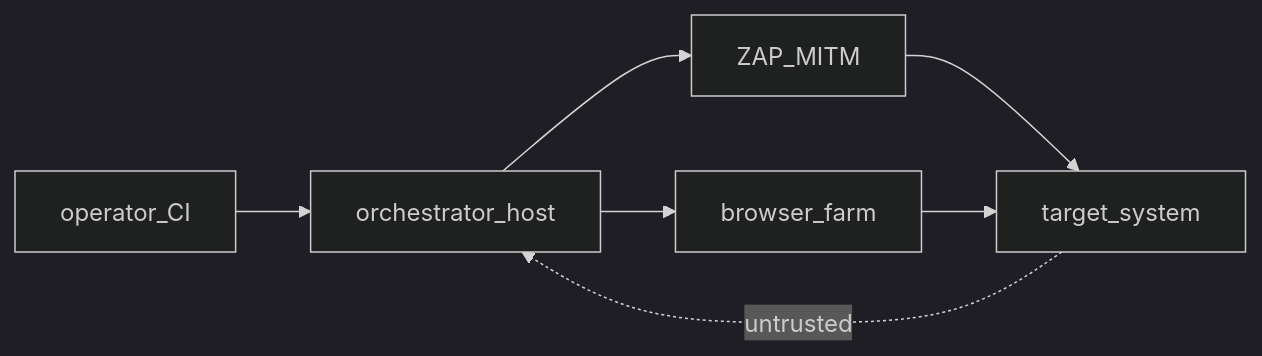
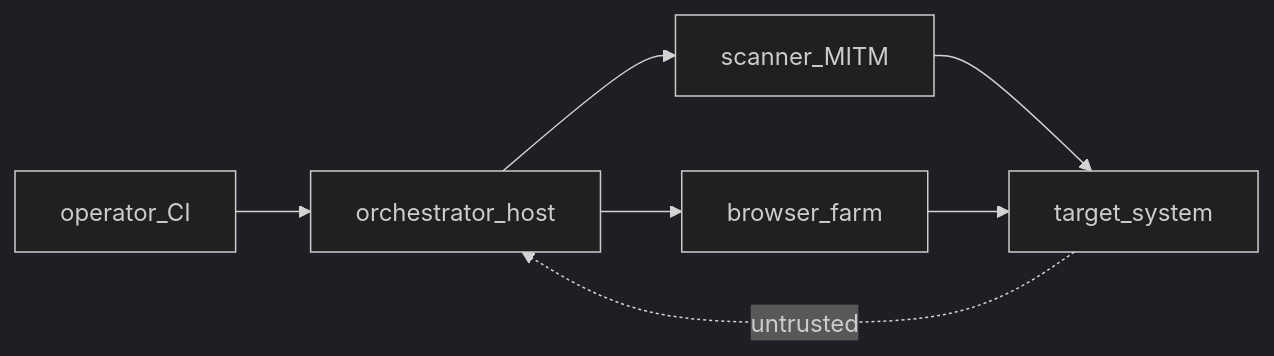
One commit to prettyk-io/prettyk-secops changed the diagram in sanctuary/pure/security-lab.md. Above: the diagram before and after it, drawn with Mermaid (dark theme). The commit also changed other lines of this file and 638 other files, not shown here.

````diff
--- a/sanctuary/pure/security-lab.md
+++ b/sanctuary/pure/security-lab.md
@@ -10,9 +10,9 @@
 ```mermaid
 flowchart LR
   Op[operator_CI] --> Orch[orchestrator_host]
-  Orch --> Zap[ZAP_MITM]
+  Orch --> scanner[scanner_MITM]
   Orch --> Grid[browser_farm]
-  Zap --> Target[target_system]
+  scanner --> Target[target_system]
   Grid --> Target
   Target -.->|untrusted| Orch
 ```
````
